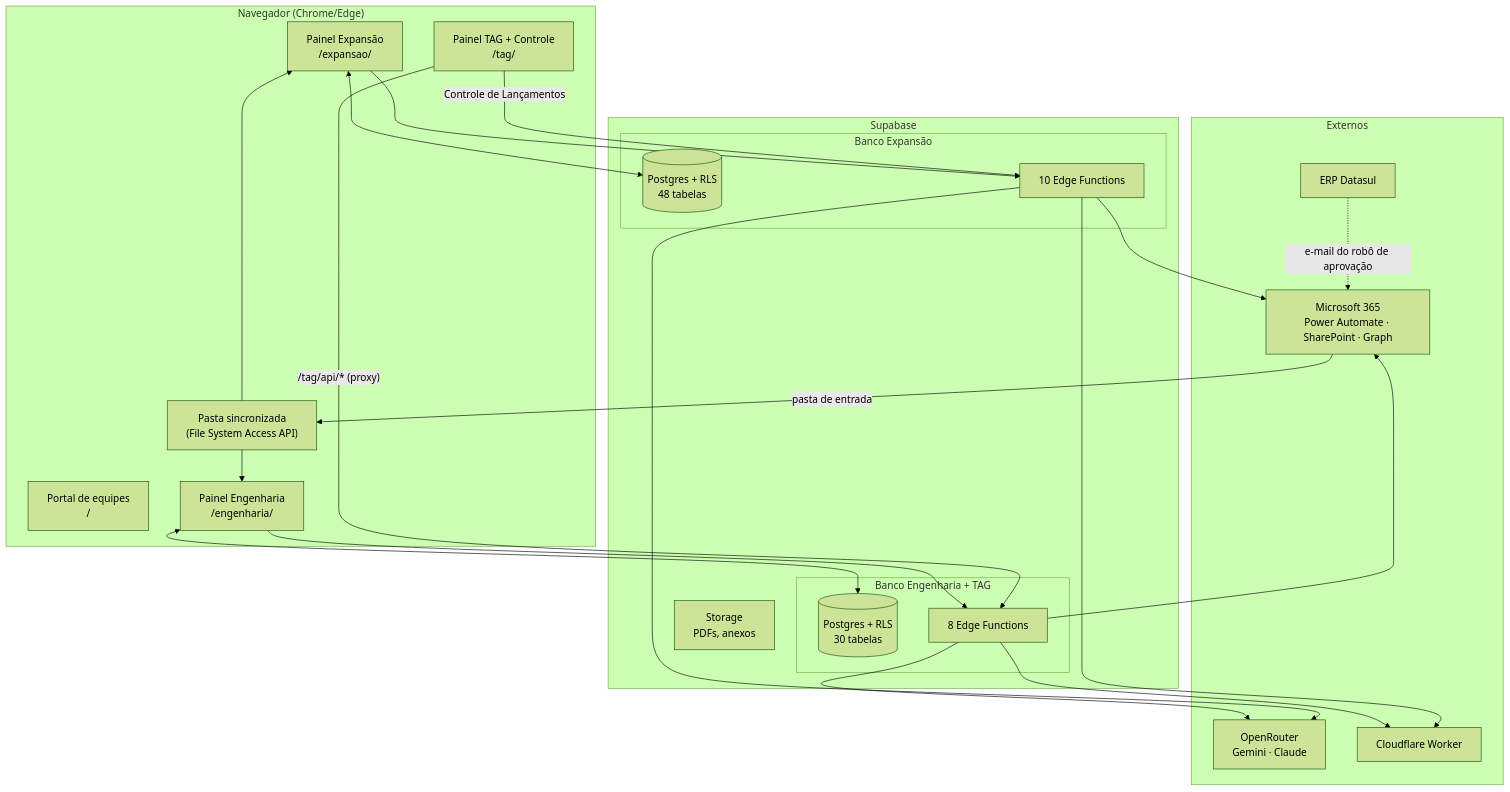
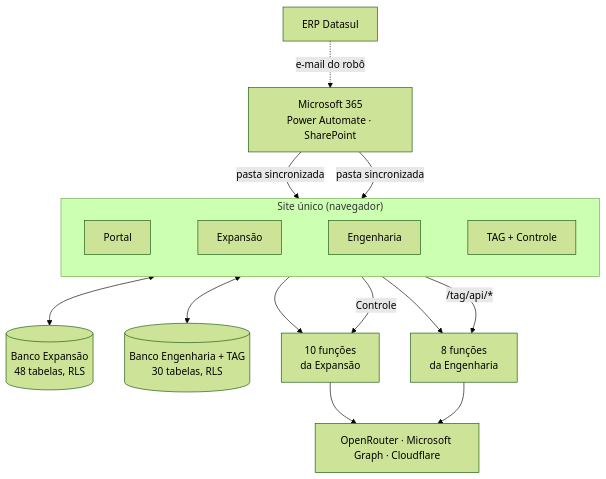
Before and after one commit to Taveshu19/plataforma-notas-fiscais: the first of 2 diagrams in docs/02-arquitetura.md, drawn with Mermaid (forest theme). The commit also changed other lines of this file and 9 other files, not shown here.

First line of the commit message:
Diagramas legíveis no GitHub e sem erro de sintaxe

````diff
--- a/docs/02-arquitetura.md
+++ b/docs/02-arquitetura.md
@@ -5,39 +5,16 @@
 ```mermaid
 flowchart TB
-  subgraph Navegador["Navegador (Chrome/Edge)"]
-    MENU["Portal de equipes<br/>/"]
-    EXP["Painel Expansão<br/>/expansao/"]
-    ENG["Painel Engenharia<br/>/engenharia/"]
-    TAG["Painel TAG + Controle<br/>/tag/"]
-    PASTA["Pasta sincronizada<br/>(File System Access API)"]
+  M365["Microsoft 365<br/>Power Automate · SharePoint"] -->|"pasta sincronizada"| EXP & ENG
+  ERP["ERP Datasul"] -.->|"e-mail do robô"| M365
+  subgraph NAV["Site único (navegador)"]
+    direction LR
+    MENU["Portal"] ~~~ EXP["Expansão"] ~~~ ENG["Engenharia"] ~~~ TAG["TAG + Controle"]
   end
-  subgraph Supabase
-    subgraph B1["Banco Expansão"]
-      PG1[("Postgres + RLS<br/>48 tabelas")]
-      FN1["10 Edge Functions"]
-    end
-    subgraph B2["Banco Engenharia + TAG"]
-      PG2[("Postgres + RLS<br/>30 tabelas")]
-      FN2["8 Edge Functions"]
-    end
-    STO["Storage<br/>PDFs, anexos"]
-  end
-  subgraph Externos
-    M365["Microsoft 365<br/>Power Automate · SharePoint · Graph"]
-    OR["OpenRouter<br/>Gemini · Claude"]
-    CF["Cloudflare Worker"]
-    ERP["ERP Datasul"]
-  end
-  PASTA --> EXP & ENG
-  EXP <--> PG1
-  ENG <--> PG2
-  TAG -- "/tag/api/* (proxy)" --> FN2
-  TAG -- "Controle de Lançamentos" --> FN1
-  EXP --> FN1
-  ENG --> FN2
-  FN1 & FN2 --> OR
-  FN1 & FN2 --> M365
-  FN1 & FN2 --> CF
-  M365 -- "pasta de entrada" --> PASTA
-  ERP -. "e-mail do robô de aprovação" .-> M365
+  EXP <--> PG1[("Banco Expansão<br/>48 tabelas, RLS")]
+  ENG <--> PG2[("Banco Engenharia + TAG<br/>30 tabelas, RLS")]
+  EXP --> FN1["10 funções<br/>da Expansão"]
+  ENG --> FN2["8 funções<br/>da Engenharia"]
+  TAG -->|"/tag/api/*"| FN2
+  TAG -->|"Controle"| FN1
+  FN1 & FN2 --> EXT["OpenRouter · Microsoft Graph · Cloudflare"]
 ```
````
